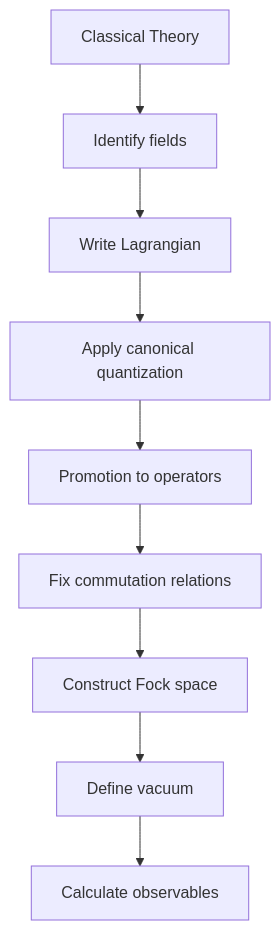
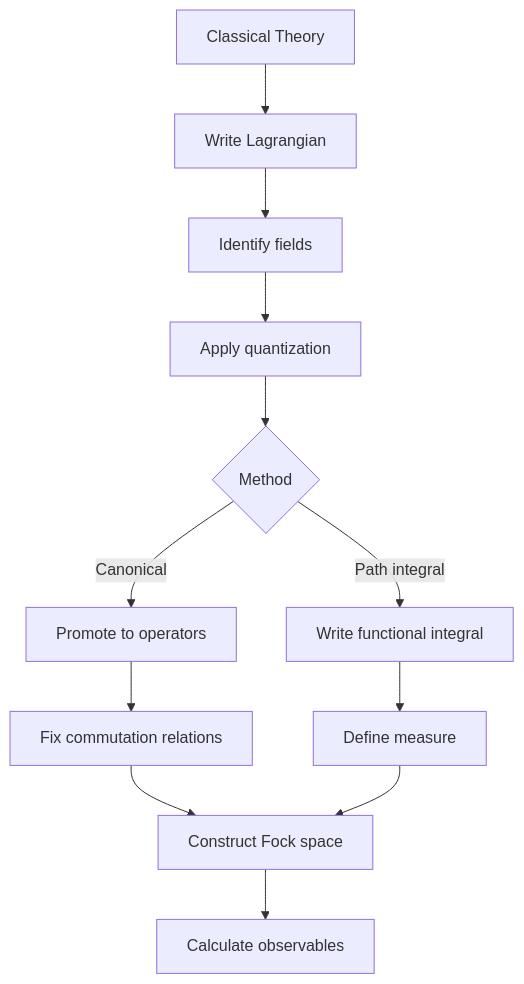
The second of 5 diagrams in 03_MSc_Physics/electives/MSPY_6110_Quantum_Field_Theory_I/README.md (yip-lgtm/PhysicsSelfStudy), drawn with Mermaid before and after one commit. The commit also changed other lines of this file and 17 other files, not shown here.

````diff
--- a/03_MSc_Physics/electives/MSPY_6110_Quantum_Field_Theory_I/README.md
+++ b/03_MSc_Physics/electives/MSPY_6110_Quantum_Field_Theory_I/README.md
@@ -252,11 +415,14 @@
 ```mermaid
 graph TD
-    A[Classical Theory] --> B[Identify fields]
-    B --> C[Write Lagrangian]
-    C --> D[Apply canonical quantization]
-    D --> E[Promotion to operators]
-    E --> F[Fix commutation relations]
-    F --> G[Construct Fock space]
-    G --> H[Define vacuum]
-    H --> I[Calculate observables]
+    A[Classical Theory] --> B[Write Lagrangian]
+    B --> C[Identify fields]
+    C --> D[Apply quantization]
+    D --> E{Method}
+    E -->|Canonical| F[Promote to operators]
+    E -->|Path integral| G[Write functional integral]
+    F --> H[Fix commutation relations]
+    G --> I[Define measure]
+    H --> J[Construct Fock space]
+    I --> J
+    J --> K[Calculate observables]
 ```
````
